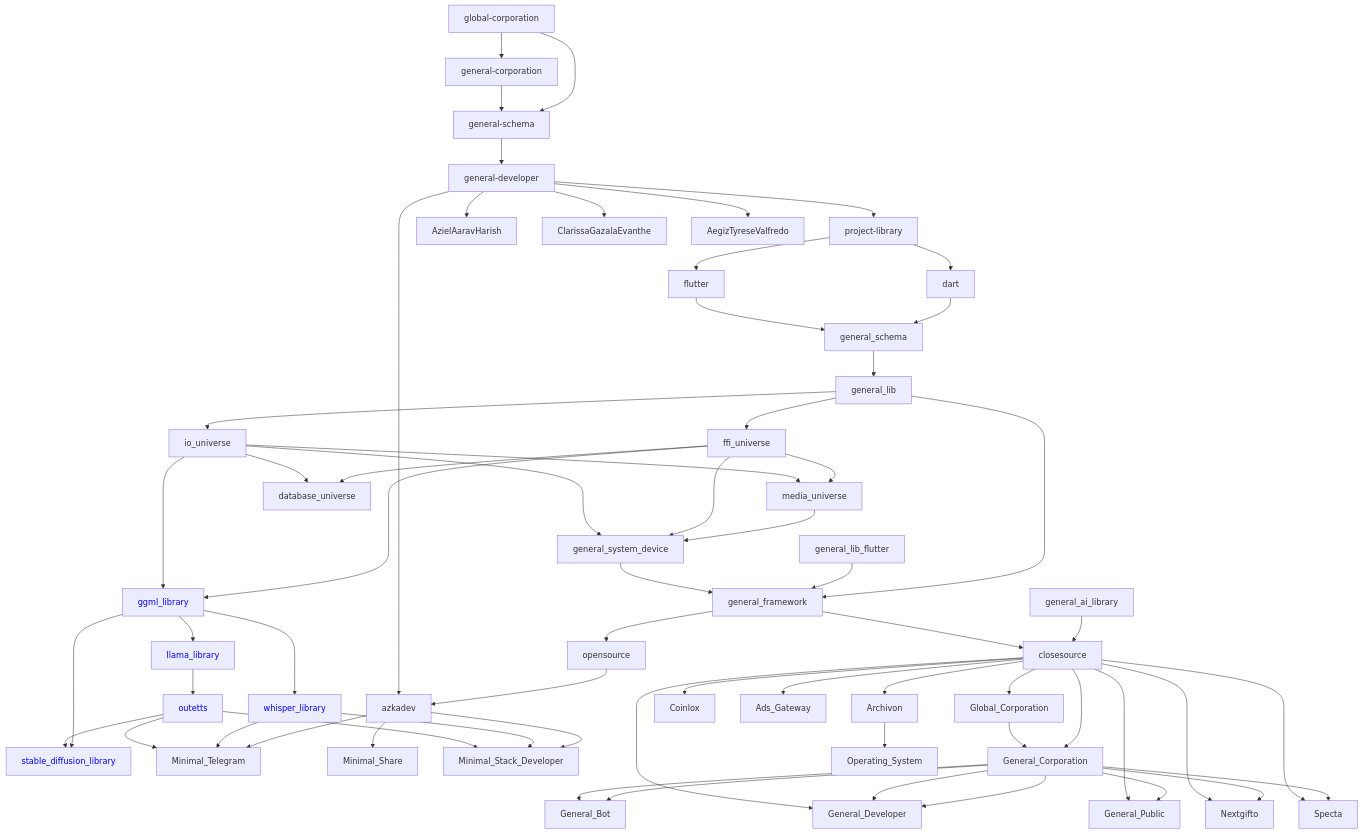
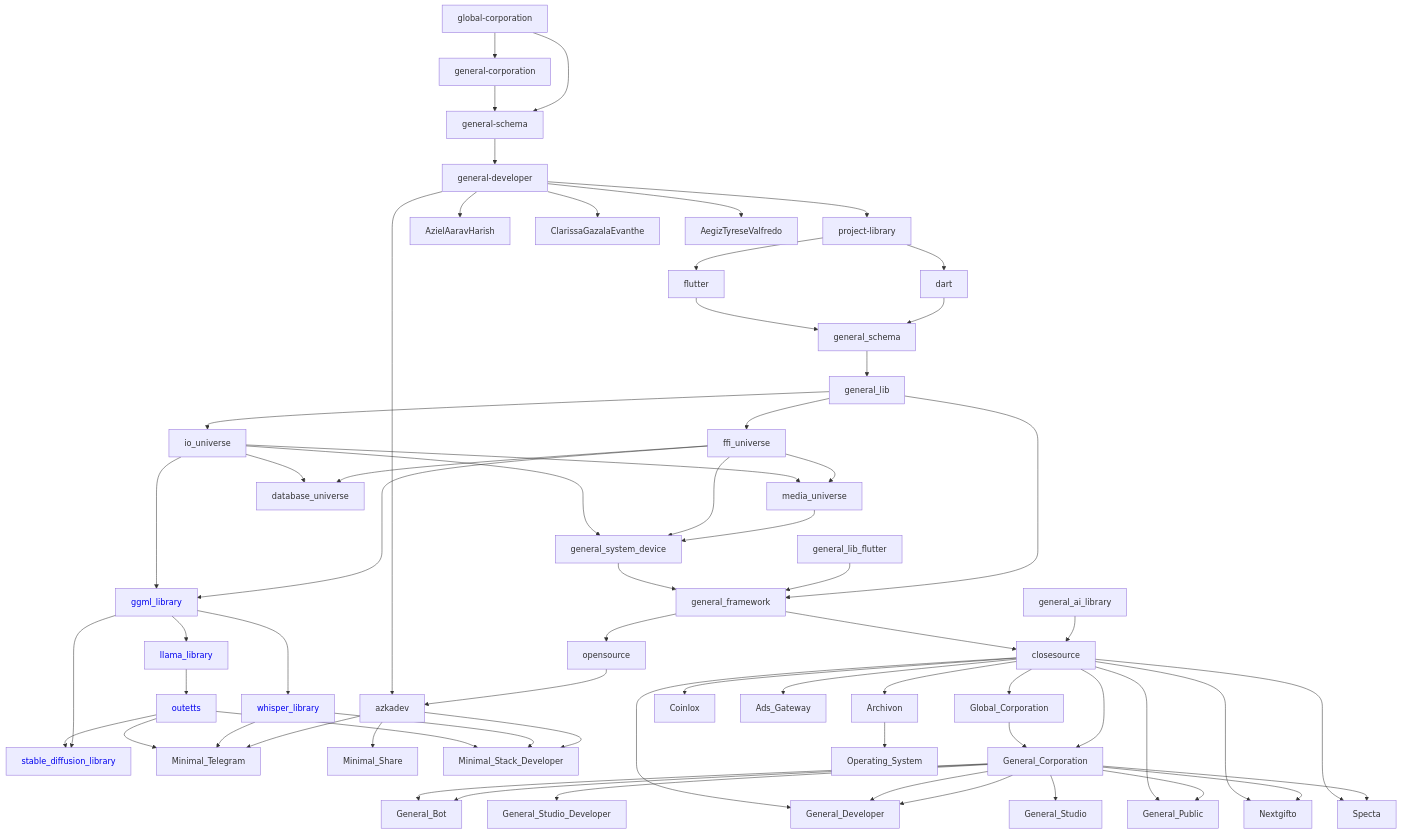
One commit to General-Developer/.github changed the diagram in profile/README.md. Above: the diagram before and after it, drawn with Mermaid.

```diff
--- a/profile/README.md
+++ b/profile/README.md
@@ -74,6 +74,8 @@
 General_Corporation --> General_Developer
 General_Corporation --> General_Bot
 General_Corporation --> General_Developer
+General_Corporation --> General_Studio_Developer
+General_Corporation --> General_Studio
 General_Corporation --> General_Public
 General_Corporation --> Nextgifto
 General_Corporation --> Specta
```
